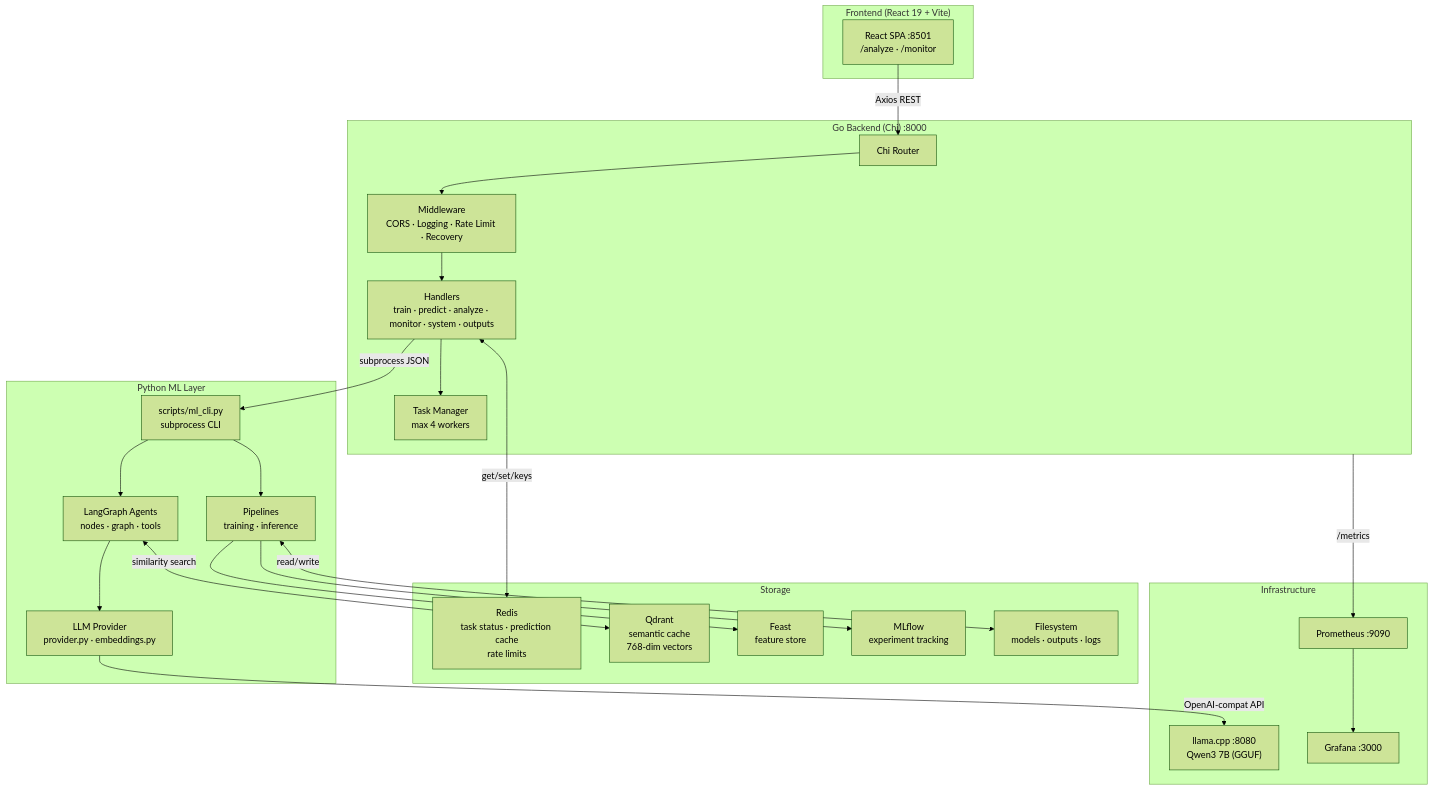
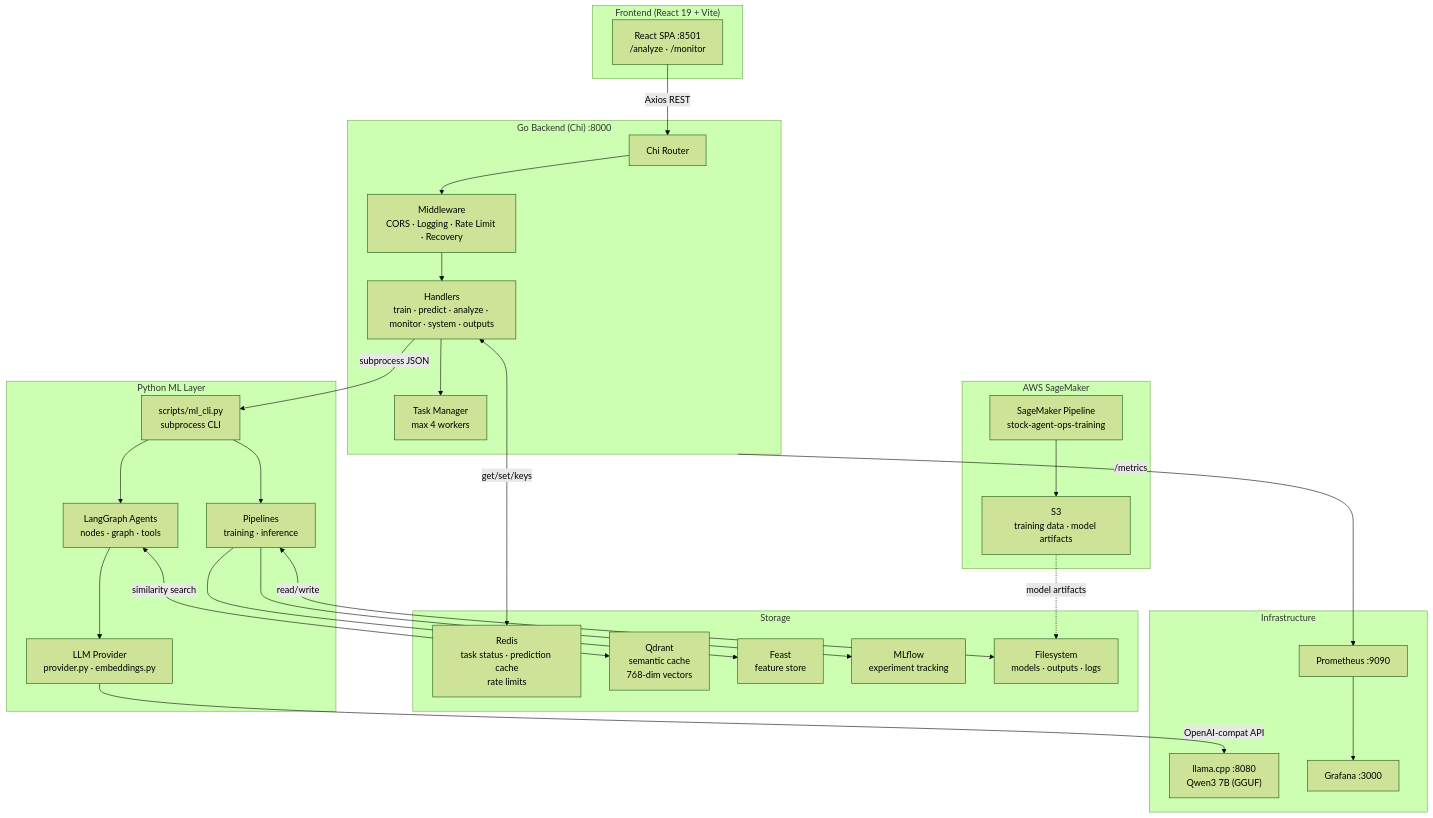
Before and after one commit to ShrithikShahapure/stock-agent-ops: the first of 4 diagrams in README.md, drawn with Mermaid (forest theme). The commit also changed other lines of this file and 16 other files, not shown here.

First line of the commit message:
Add SageMaker MLOps pipeline for LSTM model training

````diff
--- a/README.md
+++ b/README.md
@@ -13,47 +13,54 @@
 ```mermaid
 graph TB
     subgraph Frontend["Frontend (React 19 + Vite)"]
         UI["React SPA :8501<br/>/analyze · /monitor"]
     end
 
     subgraph API["Go Backend (Chi) :8000"]
         Router["Chi Router"]
         MW["Middleware<br/>CORS · Logging · Rate Limit · Recovery"]
         Handlers["Handlers<br/>train · predict · analyze · monitor · system · outputs"]
         Tasks["Task Manager<br/>max 4 workers"]
         Router --> MW --> Handlers
         Handlers --> Tasks
     end
 
     subgraph Python["Python ML Layer"]
         CLI["scripts/ml_cli.py<br/>subprocess CLI"]
         Pipelines["Pipelines<br/>training · inference"]
         Agents["LangGraph Agents<br/>nodes · graph · tools"]
         LLM_Py["LLM Provider<br/>provider.py · embeddings.py"]
         CLI --> Pipelines & Agents
         Agents --> LLM_Py
     end
 
     subgraph Storage["Storage"]
         Redis["Redis<br/>task status · prediction cache<br/>rate limits"]
         Qdrant["Qdrant<br/>semantic cache<br/>768-dim vectors"]
         Feast["Feast<br/>feature store"]
         MLflow["MLflow<br/>experiment tracking"]
         FS["Filesystem<br/>models · outputs · logs"]
     end
 
     subgraph Infra["Infrastructure"]
         LLama["llama.cpp :8080<br/>Qwen3 7B (GGUF)"]
         Prom["Prometheus :9090"]
         Grafana["Grafana :3000"]
     end
 
+    subgraph AWS["AWS SageMaker"]
+        SM_Pipe["SageMaker Pipeline<br/>stock-agent-ops-training"]
+        SM_S3["S3<br/>training data · model artifacts"]
+        SM_Pipe --> SM_S3
+    end
+
     UI -->|"Axios REST"| Router
     Handlers -->|"subprocess JSON"| CLI
     Handlers <-->|"get/set/keys"| Redis
     Agents <-->|"similarity search"| Qdrant
     Pipelines <-->|"read/write"| FS
     Pipelines --> Feast & MLflow
     LLM_Py -->|"OpenAI-compat API"| LLama
     API -->|"/metrics"| Prom --> Grafana
+    SM_S3 -.->|"model artifacts"| FS
 ```
````
